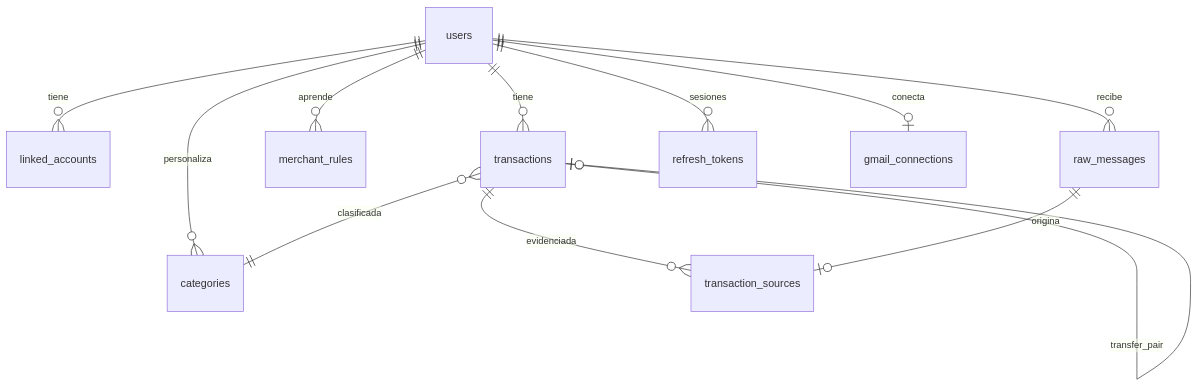
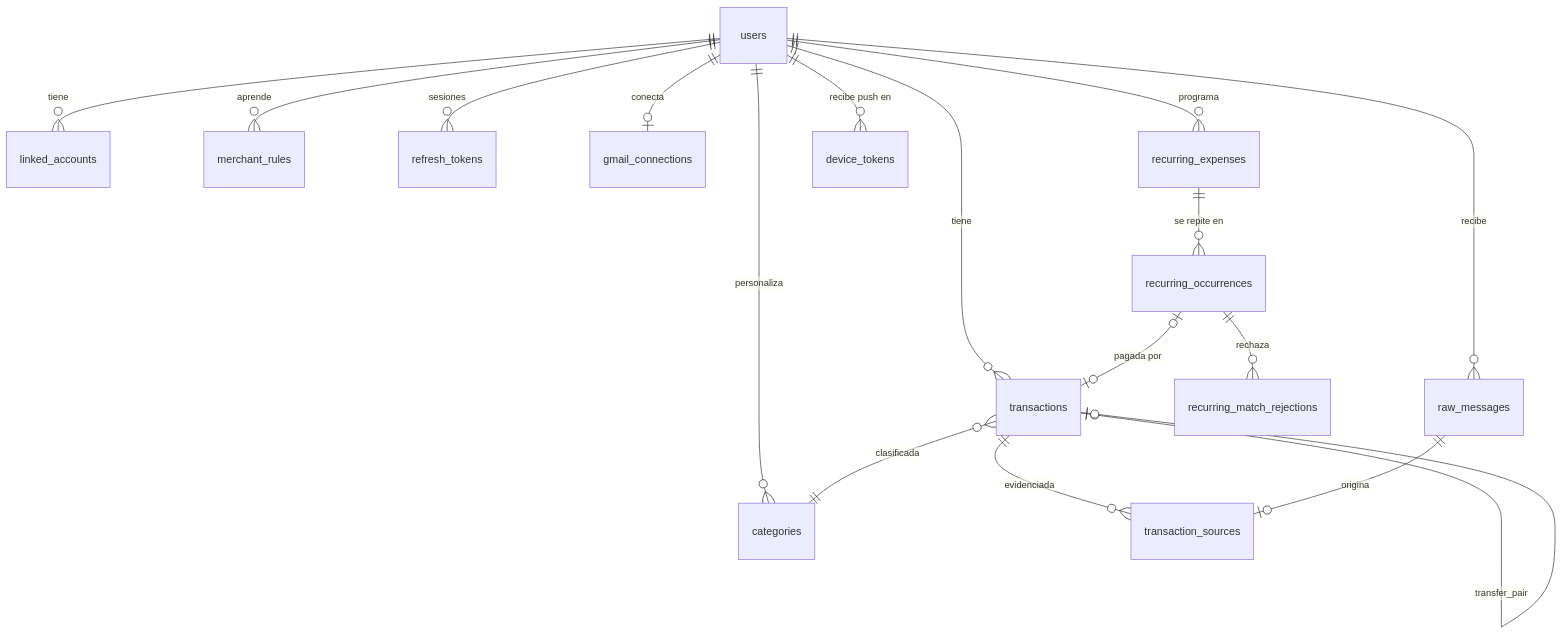
The diagram in docs/specs/004-data-model/spec.md (CristianmMst/luka), drawn with Mermaid before and after one commit. The commit also changed other lines of this file and 11 other files, not shown here.

````diff
--- a/docs/specs/004-data-model/spec.md
+++ b/docs/specs/004-data-model/spec.md
@@ -5,14 +5,19 @@
 ```mermaid
 erDiagram
     users ||--o{ linked_accounts : tiene
     users ||--o{ transactions : tiene
     users ||--o{ categories : personaliza
     users ||--o{ merchant_rules : aprende
     users ||--o{ raw_messages : recibe
     users ||--o{ refresh_tokens : sesiones
     users ||--o| gmail_connections : conecta
     transactions }o--|| categories : clasificada
     transactions ||--o{ transaction_sources : evidenciada
     transactions |o--o| transactions : transfer_pair
     raw_messages ||--o| transaction_sources : origina
+    users ||--o{ recurring_expenses : programa
+    recurring_expenses ||--o{ recurring_occurrences : "se repite en"
+    recurring_occurrences |o--o| transactions : "pagada por"
+    recurring_occurrences ||--o{ recurring_match_rejections : rechaza
+    users ||--o{ device_tokens : "recibe push en"
 ```
````
